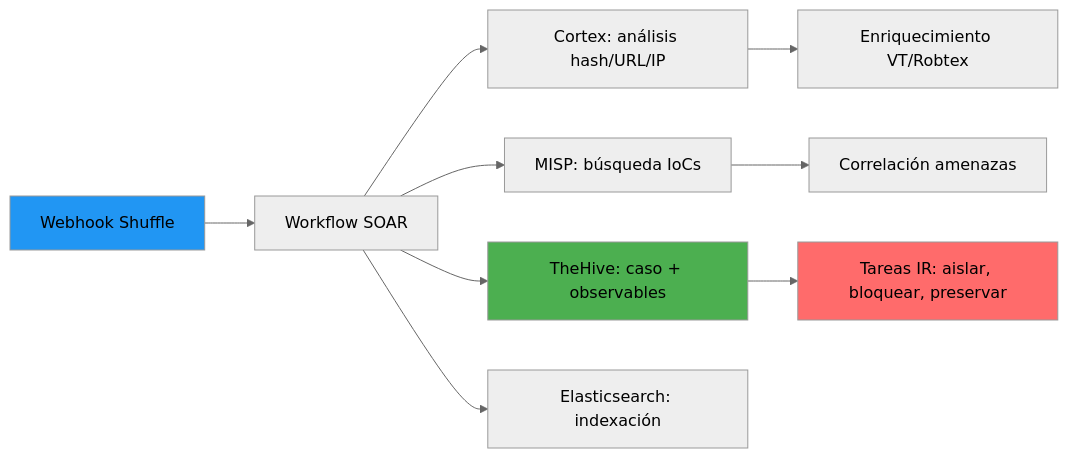
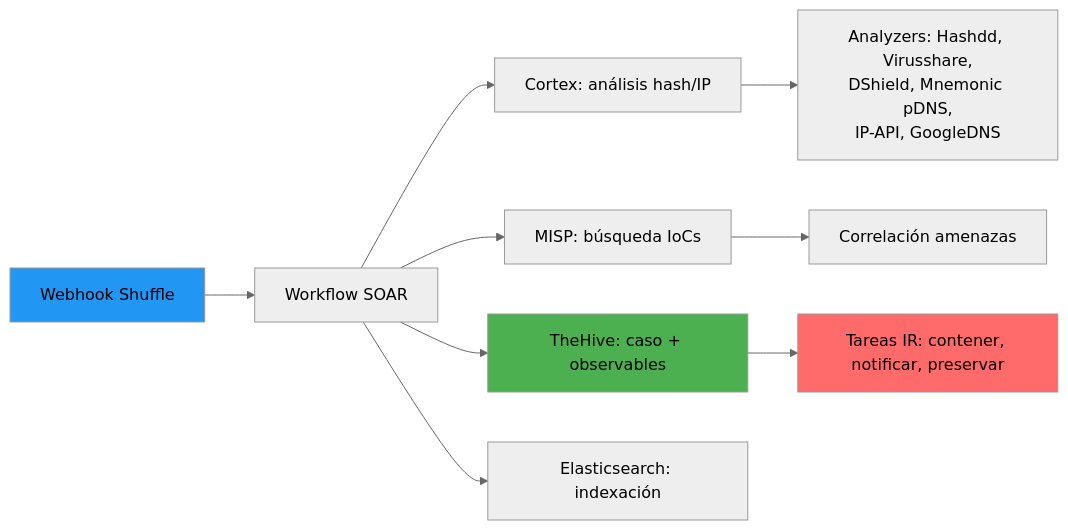
Before and after one commit to alesanfe/soar-ransomware-lab: diagram 13 of 13 in docs/thesis/appendix_h.md, drawn with Mermaid (neutral theme). The commit also changed other lines of this file, not shown here.

````diff
--- a/docs/thesis/appendix_h.md
+++ b/docs/thesis/appendix_h.md
@@ -433,14 +453,14 @@
 ```mermaid
 graph LR
  A[Webhook Shuffle] --> B[Workflow SOAR]
- B --> C[Cortex: análisis hash/URL/IP]
+ B --> C[Cortex: análisis hash/IP]
  B --> D[MISP: búsqueda IoCs]
  B --> E[TheHive: caso + observables]
  B --> F[Elasticsearch: indexación]
- C --> G[Enriquecimiento VT/Robtex]
+ C --> G[Analyzers: Hashdd, Virusshare,<br/>DShield, Mnemonic pDNS,<br/>IP-API, GoogleDNS]
  D --> H[Correlación amenazas]
- E --> I[Tareas IR: aislar, bloquear, preservar]
+ E --> I[Tareas IR: contener, notificar, preservar]
  style A fill:#2196F3
  style E fill:#4CAF50
  style I fill:#ff6b6b
 ```
````
